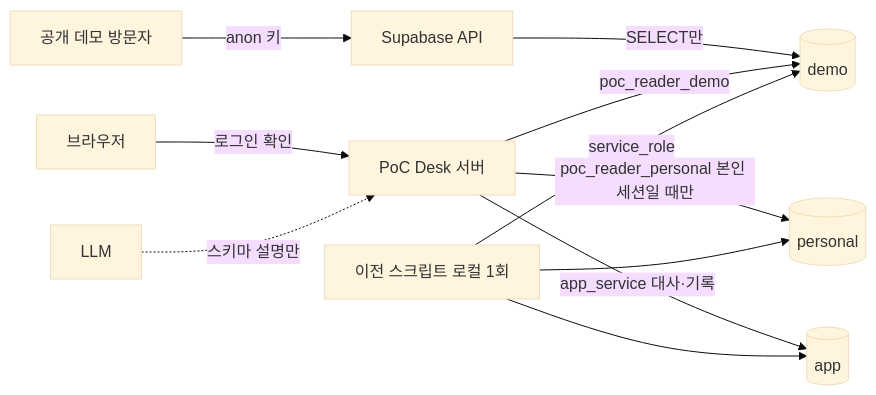
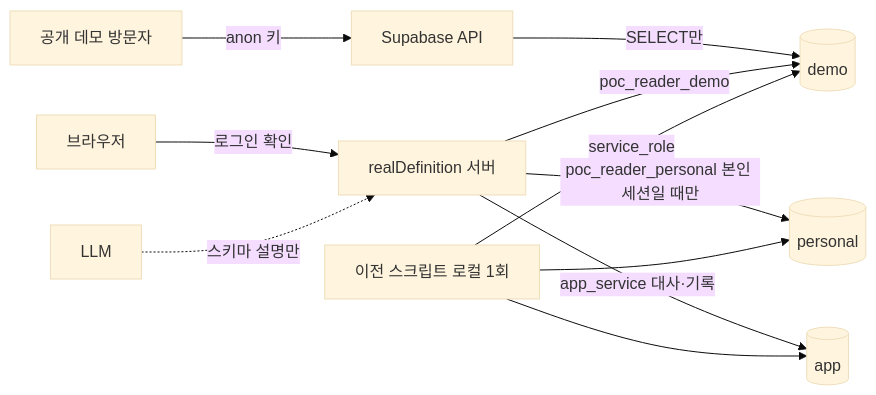
Before and after one commit to sikomar00/poc-desk-portfolio: the second of 2 diagrams in docs/13-supabase-db-plan.md, drawn with Mermaid (base theme). The commit also changed 11 other files, not shown here.

````diff
--- a/docs/13-supabase-db-plan.md
+++ b/docs/13-supabase-db-plan.md
@@ -197,13 +197,13 @@
 ```mermaid
 flowchart LR
-    B[브라우저] -->|로그인 확인| S[PoC Desk 서버]
+    B[브라우저] -->|로그인 확인| S[realDefinition 서버]
     V[공개 데모 방문자] -->|anon 키| API[Supabase API]
     API -->|SELECT만| D[(demo)]
     S -->|poc_reader_demo| D
     S -->|poc_reader_personal 본인 세션일 때만| P[(personal)]
     S -->|app_service 대사·기록| A[(app)]
     M[이전 스크립트 로컬 1회] -->|service_role| D
     M --> P
     M --> A
     L[LLM] -.스키마 설명만.-> S
 ```
````
